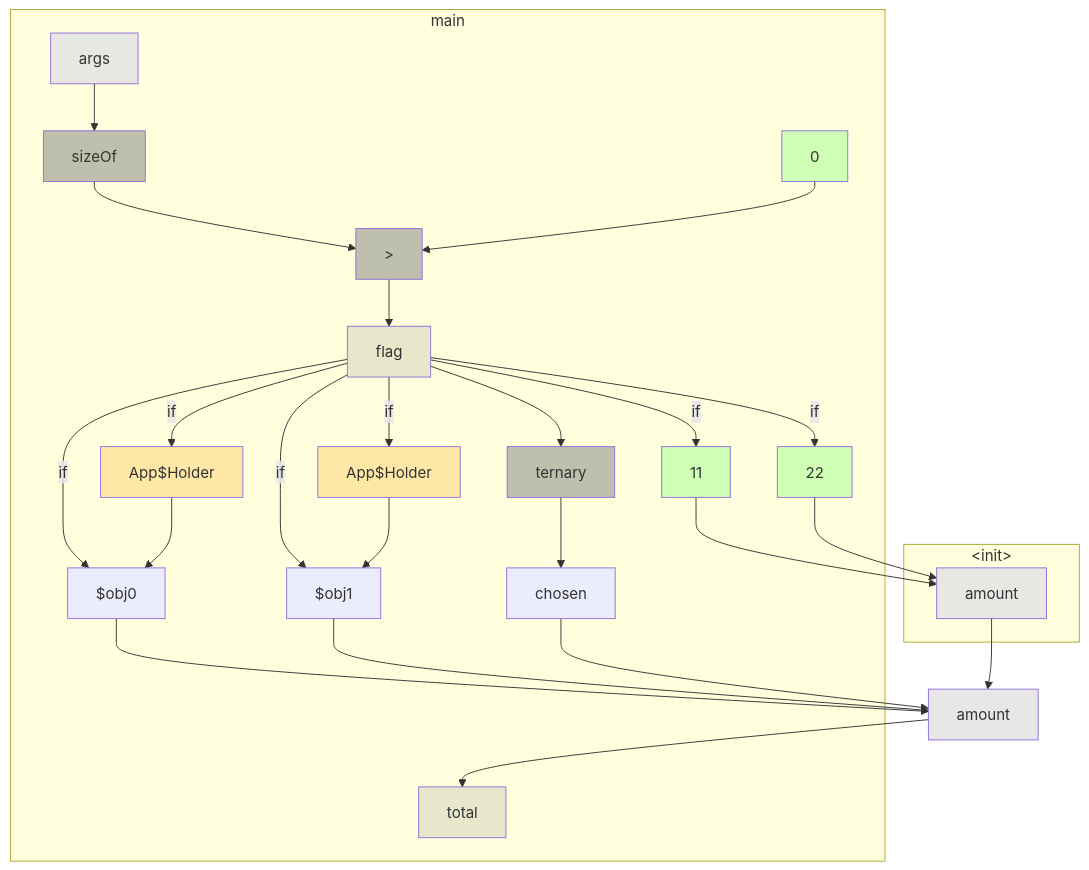
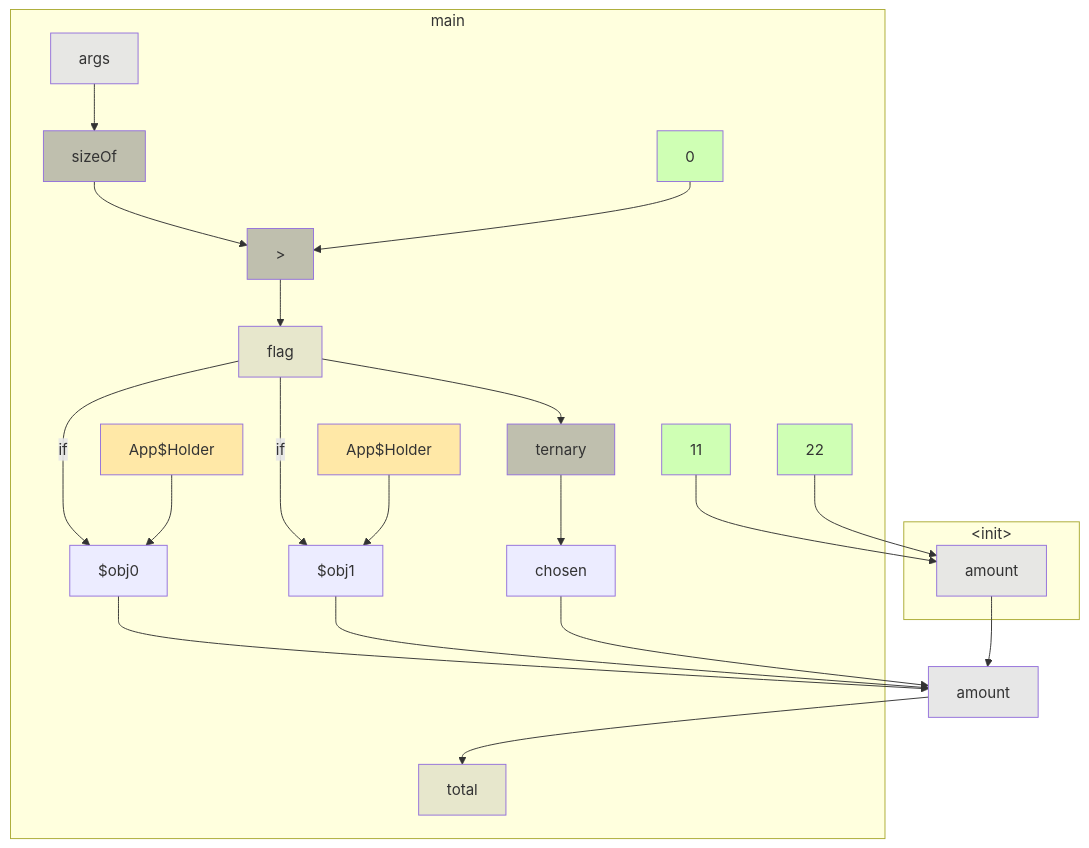
The diagram in app/src/test/resources/aliasTernary/spike-truth.md (gstiebler/codeflow), drawn with Mermaid before and after one commit. The commit also changed 21 other files, not shown here.

````diff
--- a/app/src/test/resources/aliasTernary/spike-truth.md
+++ b/app/src/test/resources/aliasTernary/spike-truth.md
@@ -3,51 +3,47 @@
 ```mermaid
 flowchart TD
   subgraph m0["#lt;init#gt;"]
     n0["amount"]:::FUNC_PARAM
   end
   subgraph m1["main"]
     n1["#gt;"]:::BIN_OP
     n2["sizeOf"]:::BIN_OP
     n3["ternary"]:::BIN_OP
     n4["App$Holder"]:::EXTERNAL
     n5["App$Holder"]:::EXTERNAL
     n6["args"]:::FUNC_PARAM
     n7["0"]:::LITERAL
     n8["11"]:::LITERAL
     n9["22"]:::LITERAL
     n10["$obj0"]:::OBJ_VARIABLE
     n11["$obj1"]:::OBJ_VARIABLE
     n12["chosen"]:::OBJ_VARIABLE
     n13["flag"]:::VARIABLE
     n14["total"]:::VARIABLE
   end
   n15["amount"]:::VARIABLE
   n0 --> n15
   n1 --> n13
   n10 --> n15
   n11 --> n15
   n12 --> n15
   n13 --> n3
   n13 -->|if| n10
   n13 -->|if| n11
-  n13 -->|if| n4
-  n13 -->|if| n5
-  n13 -->|if| n8
-  n13 -->|if| n9
   n15 --> n14
   n2 --> n1
   n3 --> n12
   n4 --> n10
   n5 --> n11
   n6 --> n2
   n7 --> n1
   n8 --> n0
   n9 --> n0
   classDef LITERAL fill:#00FF0030
   classDef VARIABLE fill:#80808030
   classDef BIN_OP fill:#80808080
   classDef FUNC_PARAM fill:#8080FF30
   classDef RETURN fill:#FF808080
   classDef EXTERNAL fill:#FFA50040
   classDef UNMODELLED fill:#FF000030,stroke-dasharray: 4 2
 ```
````
